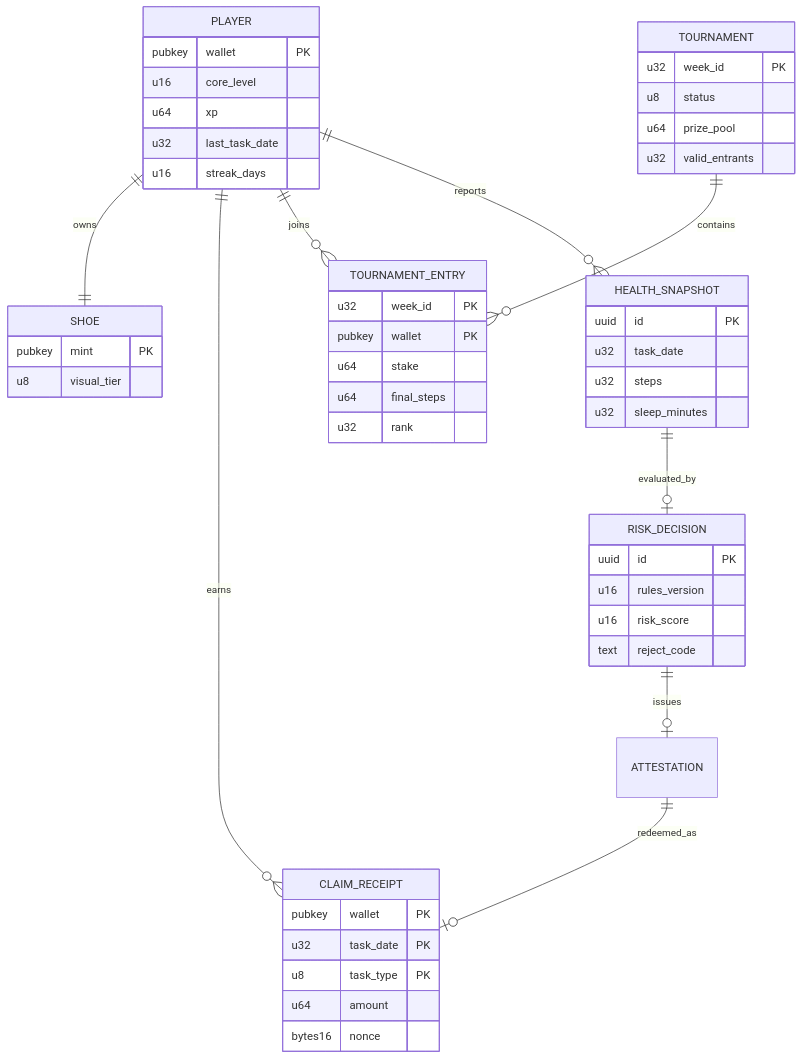
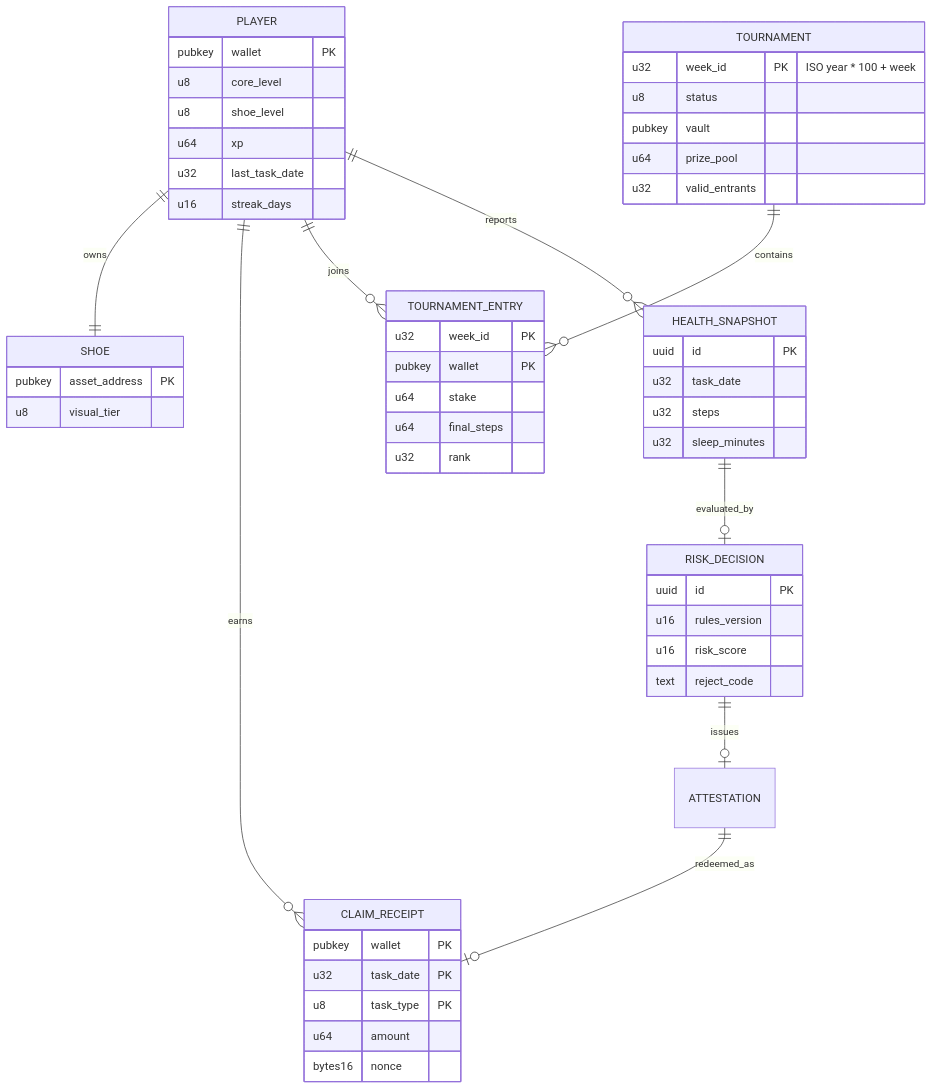
The second of 5 diagrams in docs/sa.md (stan0714/neonshift), drawn with Mermaid before and after one commit. The commit also changed other lines of this file and 2 other files, not shown here.

````diff
--- a/docs/sa.md
+++ b/docs/sa.md
@@ -222,55 +225,57 @@
 ```mermaid
 erDiagram
     PLAYER ||--|| SHOE : owns
     PLAYER ||--o{ CLAIM_RECEIPT : earns
     PLAYER ||--o{ TOURNAMENT_ENTRY : joins
     TOURNAMENT ||--o{ TOURNAMENT_ENTRY : contains
     PLAYER ||--o{ HEALTH_SNAPSHOT : reports
     HEALTH_SNAPSHOT ||--o| RISK_DECISION : evaluated_by
     RISK_DECISION ||--o| ATTESTATION : issues
     ATTESTATION ||--o| CLAIM_RECEIPT : redeemed_as
 
     PLAYER {
         pubkey wallet PK
-        u16 core_level
+        u8 core_level
+        u8 shoe_level
         u64 xp
         u32 last_task_date
         u16 streak_days
     }
     SHOE {
-        pubkey mint PK
+        pubkey asset_address PK
         u8 visual_tier
     }
     CLAIM_RECEIPT {
         pubkey wallet PK
         u32 task_date PK
         u8 task_type PK
         u64 amount
         bytes16 nonce
     }
     TOURNAMENT {
-        u32 week_id PK
+        u32 week_id PK "ISO year * 100 + week"
         u8 status
+        pubkey vault
         u64 prize_pool
         u32 valid_entrants
     }
     TOURNAMENT_ENTRY {
         u32 week_id PK
         pubkey wallet PK
         u64 stake
         u64 final_steps
         u32 rank
     }
     HEALTH_SNAPSHOT {
         uuid id PK
         u32 task_date
         u32 steps
         u32 sleep_minutes
     }
     RISK_DECISION {
         uuid id PK
         u16 rules_version
         u16 risk_score
         text reject_code
     }
 ```
````
